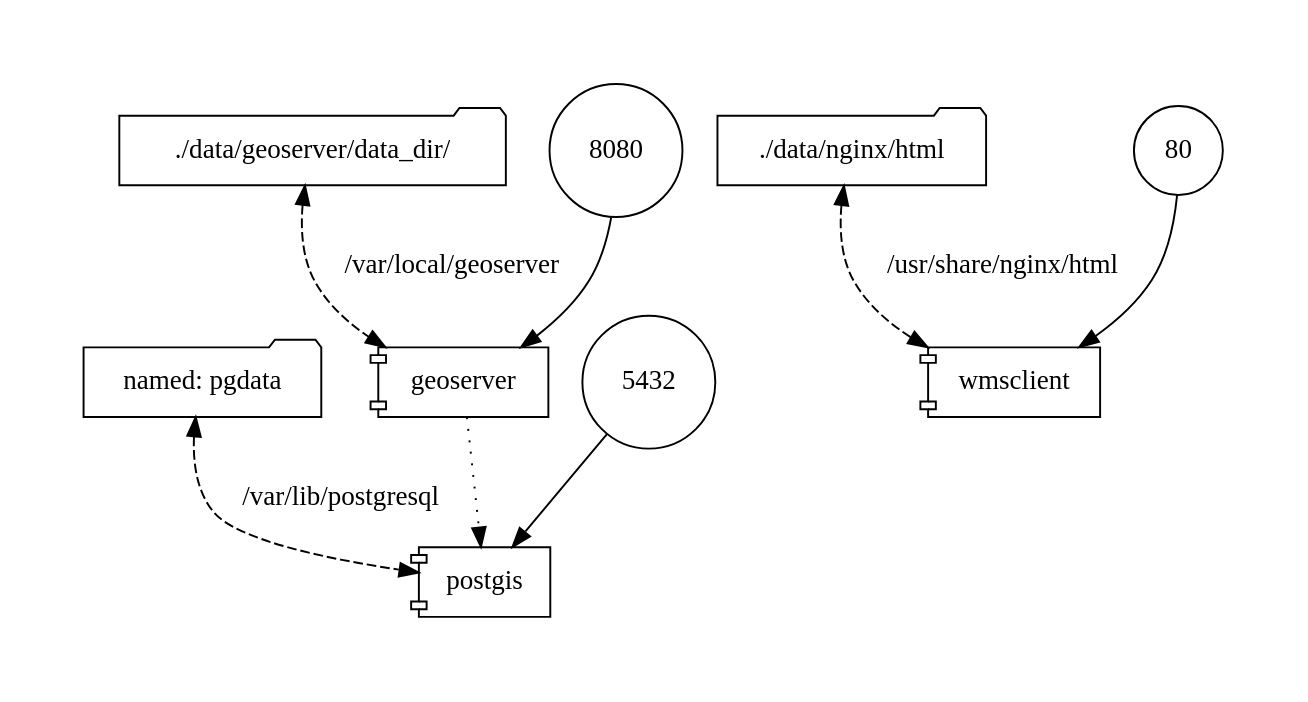
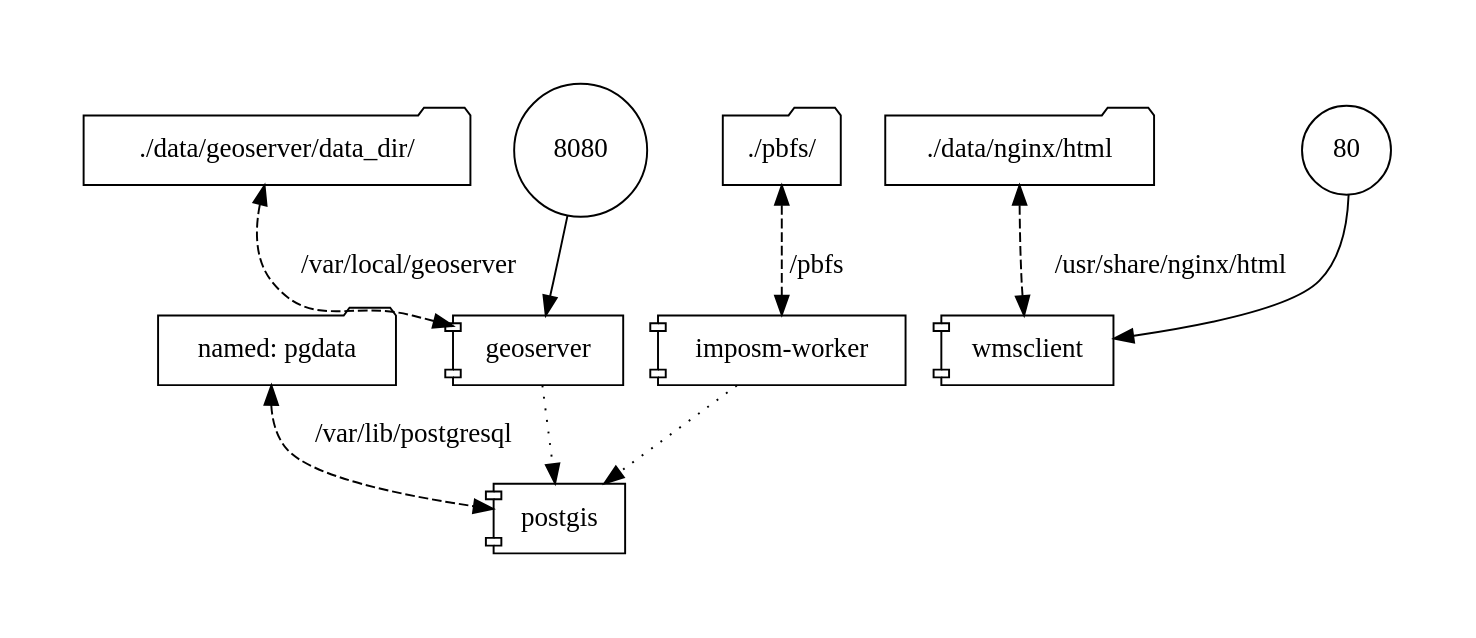
One commit to geotekne-argentina/osm-geoserver-postgis changed the diagram in diagram.dot. Above: the diagram before and after it, drawn with Graphviz. The commit also changed 3 other files, not shown here.

Commit message:
Update diagrams

```diff
--- a/diagram.dot
+++ b/diagram.dot
@@ -1,19 +1,21 @@
 digraph {
   graph [bgcolor="#ffffff" pad=0.5 ratio="fill"]
   "named: pgdata" [shape="folder"]
   "geoserver" [shape="component"]
   "postgis" [shape="component"]
   "./data/geoserver/data_dir/" [shape="folder"]
   8080 [shape="circle"]
   "wmsclient" [shape="component"]
   "./data/nginx/html" [shape="folder"]
   80 [shape="circle"]
-  5432 [shape="circle"]
+  "imposm-worker" [shape="component"]
+  "./pbfs/" [shape="folder"]
   "geoserver" -> "postgis" [style="dotted"]
   "./data/geoserver/data_dir/" -> "geoserver" [style="dashed" label="/var/local/geoserver" dir="both"]
   8080 -> "geoserver" [style="solid"]
   "./data/nginx/html" -> "wmsclient" [style="dashed" label="/usr/share/nginx/html" dir="both"]
   80 -> "wmsclient" [style="solid"]
   "named: pgdata" -> "postgis" [style="dashed" label="/var/lib/postgresql" dir="both"]
-  5432 -> "postgis" [style="solid"]
+  "imposm-worker" -> "postgis" [style="dotted"]
+  "./pbfs/" -> "imposm-worker" [style="dashed" label="/pbfs" dir="both"]
 }
```
